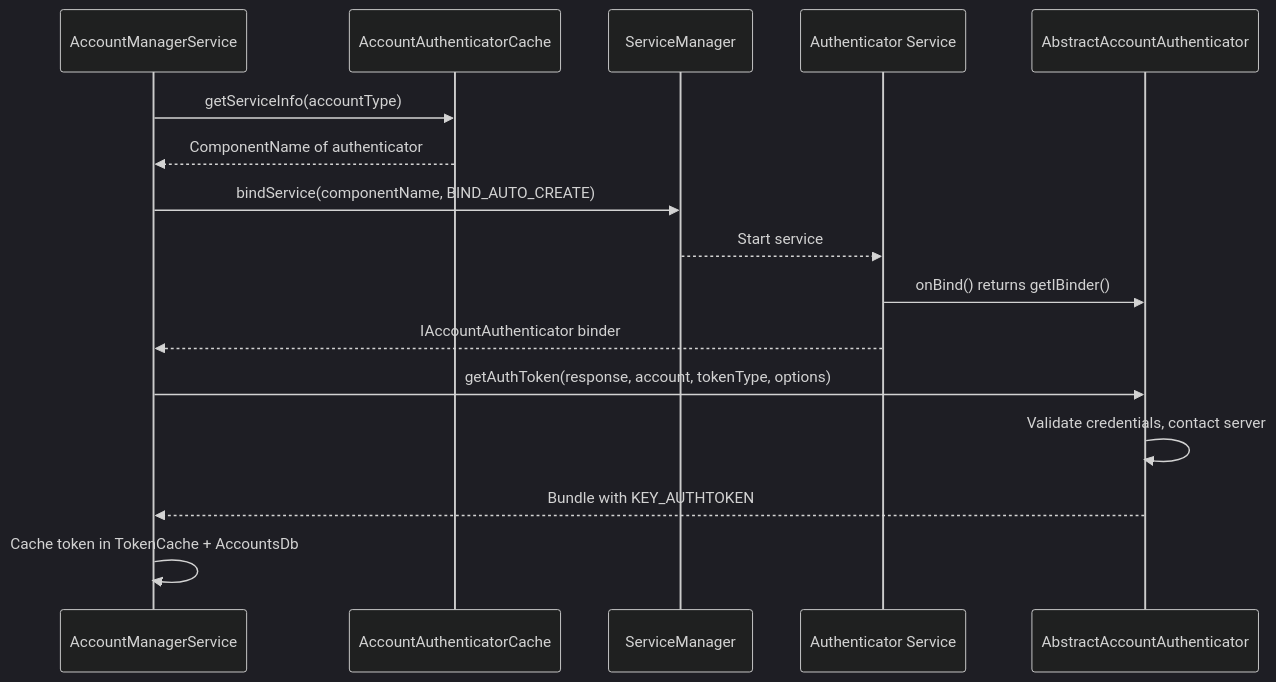
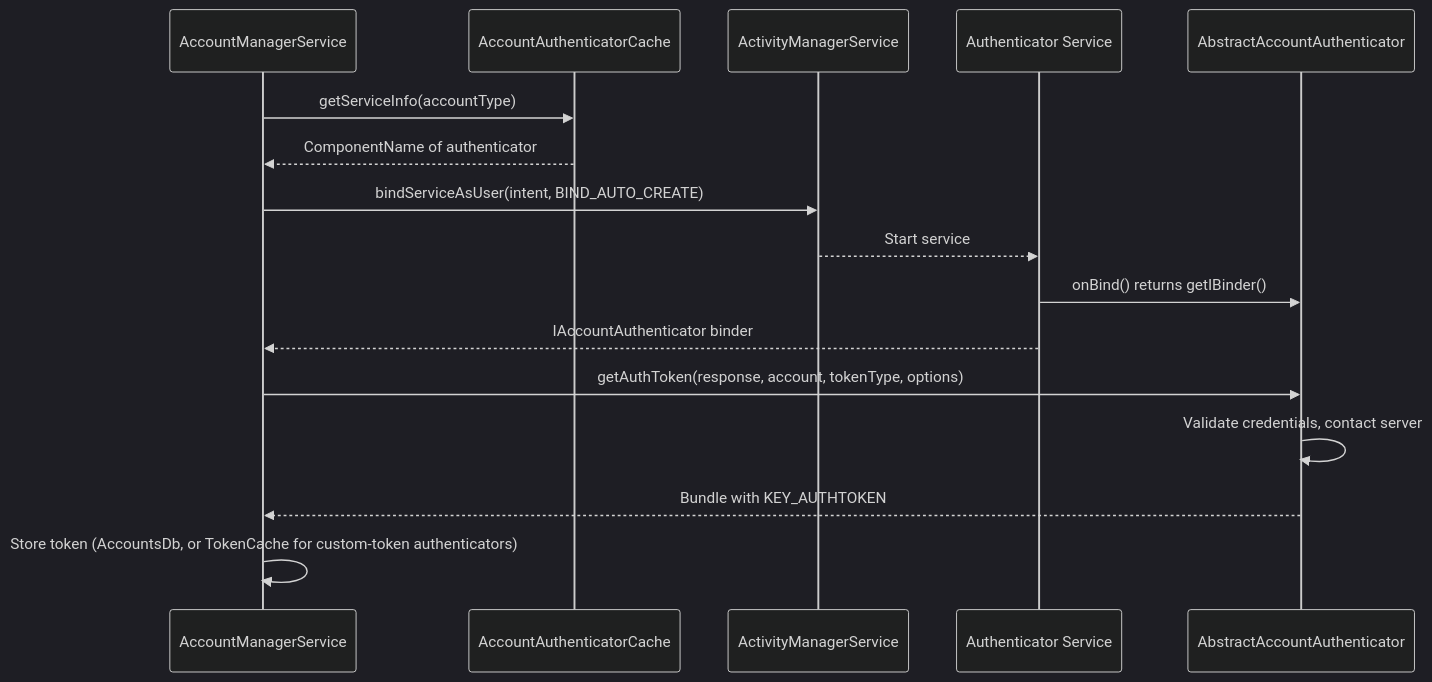
One commit to aospbooks/aosp-internal-book changed the third of 17 diagrams in 32-account-sync.md. Above: the diagram before and after it, drawn with Mermaid (dark theme). The commit also changed other lines of this file and 218 other files, not shown here.

````diff
--- a/32-account-sync.md
+++ b/32-account-sync.md
@@ -446,19 +452,19 @@
 ```mermaid
 sequenceDiagram
     participant AMS as AccountManagerService
     participant AAC as AccountAuthenticatorCache
-    participant SM as ServiceManager
+    participant AM as ActivityManagerService
     participant AUTH as Authenticator Service
     participant AAB as AbstractAccountAuthenticator
 
     AMS->>AAC: getServiceInfo(accountType)
     AAC-->>AMS: ComponentName of authenticator
-    AMS->>SM: bindService(componentName, BIND_AUTO_CREATE)
-    SM-->>AUTH: Start service
+    AMS->>AM: bindServiceAsUser(intent, BIND_AUTO_CREATE)
+    AM-->>AUTH: Start service
     AUTH->>AAB: onBind() returns getIBinder()
     AUTH-->>AMS: IAccountAuthenticator binder
     AMS->>AAB: getAuthToken(response, account, tokenType, options)
     AAB->>AAB: Validate credentials, contact server
     AAB-->>AMS: Bundle with KEY_AUTHTOKEN
-    AMS->>AMS: Cache token in TokenCache + AccountsDb
+    AMS->>AMS: Store token (AccountsDb, or TokenCache for custom-token authenticators)
 ```
````
